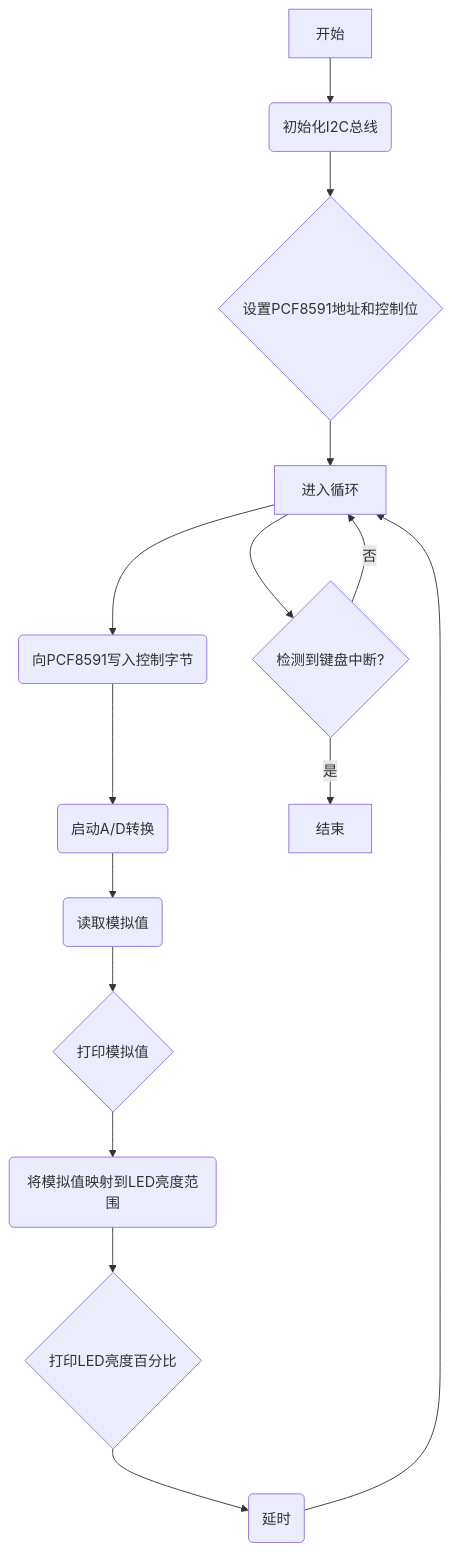
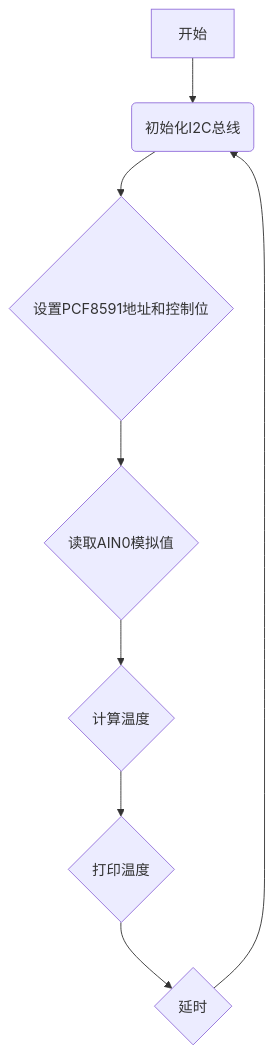
Before and after one commit to sergiudm/ee351-lab-reports: the diagram in docs/lab5.md, drawn with Mermaid. The commit also changed 8 other files, not shown here.

Commit message:
Update flowchart direction in lab documentation to improve clarity

````diff
--- a/docs/lab5.md
+++ b/docs/lab5.md
@@ -40,17 +40,10 @@
 ```mermaid
 graph TD
     A[开始] --> B(初始化I2C总线);
     B --> C{设置PCF8591地址和控制位};
-    C --> D[进入循环];
-    D --> E(向PCF8591写入控制字节);
-    E --> F(启动A/D转换);
-    F --> G(读取模拟值);
-    G --> H{打印模拟值};
-    H --> I(将模拟值映射到LED亮度范围);
-    I --> J{打印LED亮度百分比};
-    J --> K(延时);
-    K --> D;
-    D --> L{检测到键盘中断?};
-    L -- 是 --> M[结束];
-    L -- 否 --> D;
+    C --> D{读取AIN0模拟值};
+    D --> E{计算温度};
+    E --> F{打印温度};
+    F --> G{延时};
+    G --> B
 ```
````
